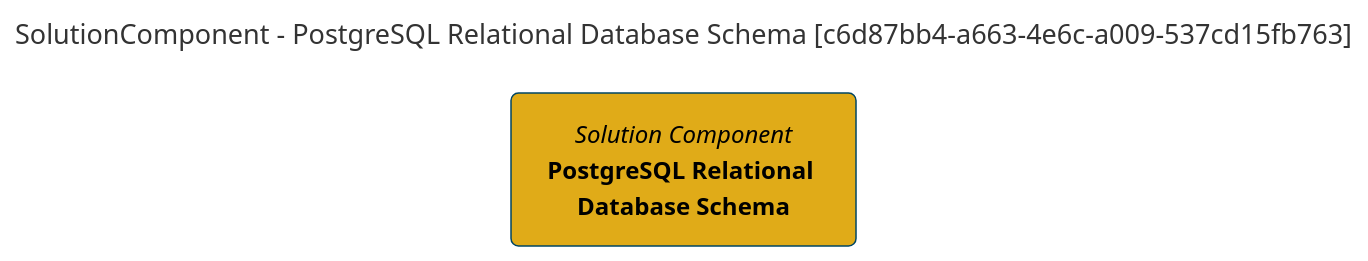
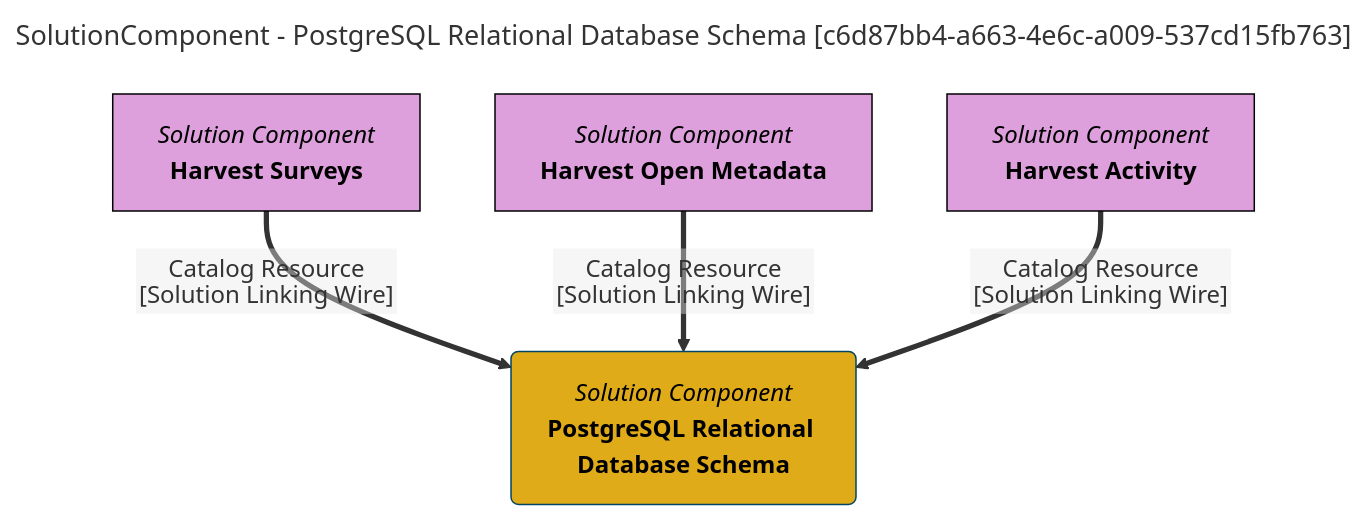
The diagram in site/snippets/blueprints/components/postgresql-database-schema-mermaid-graph.md (odpi/egeria-docs), drawn with Mermaid before and after one commit. The commit also changed 2201 other files, not shown here.

````diff
--- a/site/snippets/blueprints/components/postgresql-database-schema-mermaid-graph.md
+++ b/site/snippets/blueprints/components/postgresql-database-schema-mermaid-graph.md
@@ -1,12 +1,27 @@
 ```mermaid
 ---
 title: SolutionComponent - PostgreSQL Relational Database Schema [c6d87bb4-a663-4e6c-a009-537cd15fb763]
 ---
 flowchart TD
 %%{init: {"flowchart": {"htmlLabels": false}} }%%
 
 1@{ shape: rounded, label: "*Solution Component*
 **PostgreSQL Relational Database Schema**"}
+2@{ shape: rect, label: "*Solution Component*
+**Harvest Surveys**"}
+2==>|"Catalog Resource [Solution Linking Wire]"|1
+3@{ shape: rect, label: "*Solution Component*
+**Harvest Open Metadata**"}
+3==>|"Catalog Resource [Solution Linking Wire]"|1
+4@{ shape: rect, label: "*Solution Component*
+**Harvest Activity**"}
+4==>|"Catalog Resource [Solution Linking Wire]"|1
 style 1 color:#000000, fill:#e0ab18, stroke:#004563
+style 2 color:#000000, fill:#DDA0DD, stroke:#000000
+style 3 color:#000000, fill:#DDA0DD, stroke:#000000
+style 4 color:#000000, fill:#DDA0DD, stroke:#000000
 click 1 "https://www.postgresql.org/" "Click for more documentation" _blank
+click 2 "https://egeria-project.org/concepts/integration-connector/" "Click for more documentation" _blank
+click 3 "https://egeria-project.org/concepts/integration-connector/" "Click for more documentation" _blank
+click 4 "https://egeria-project.org/concepts/integration-connector/" "Click for more documentation" _blank
 ```
````
